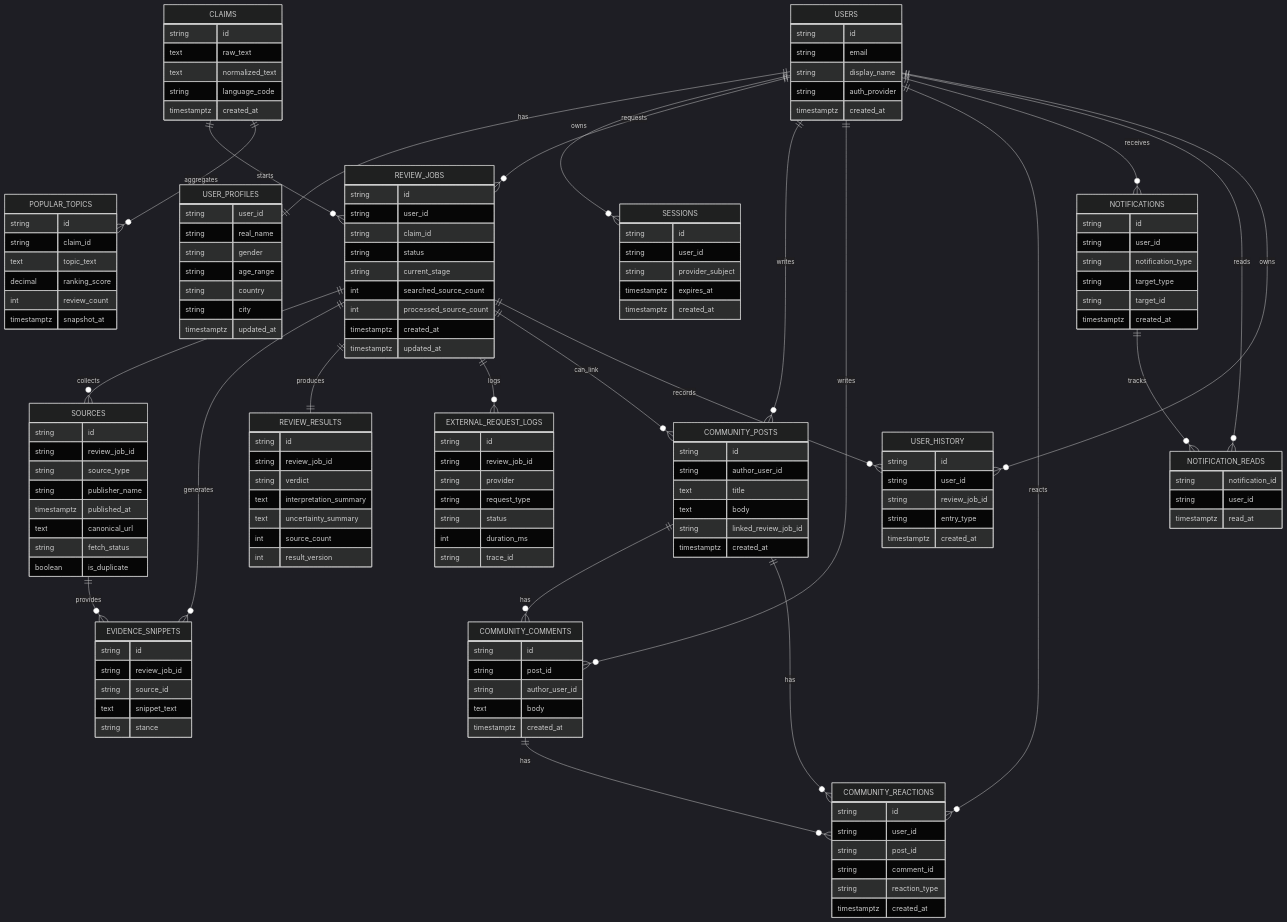
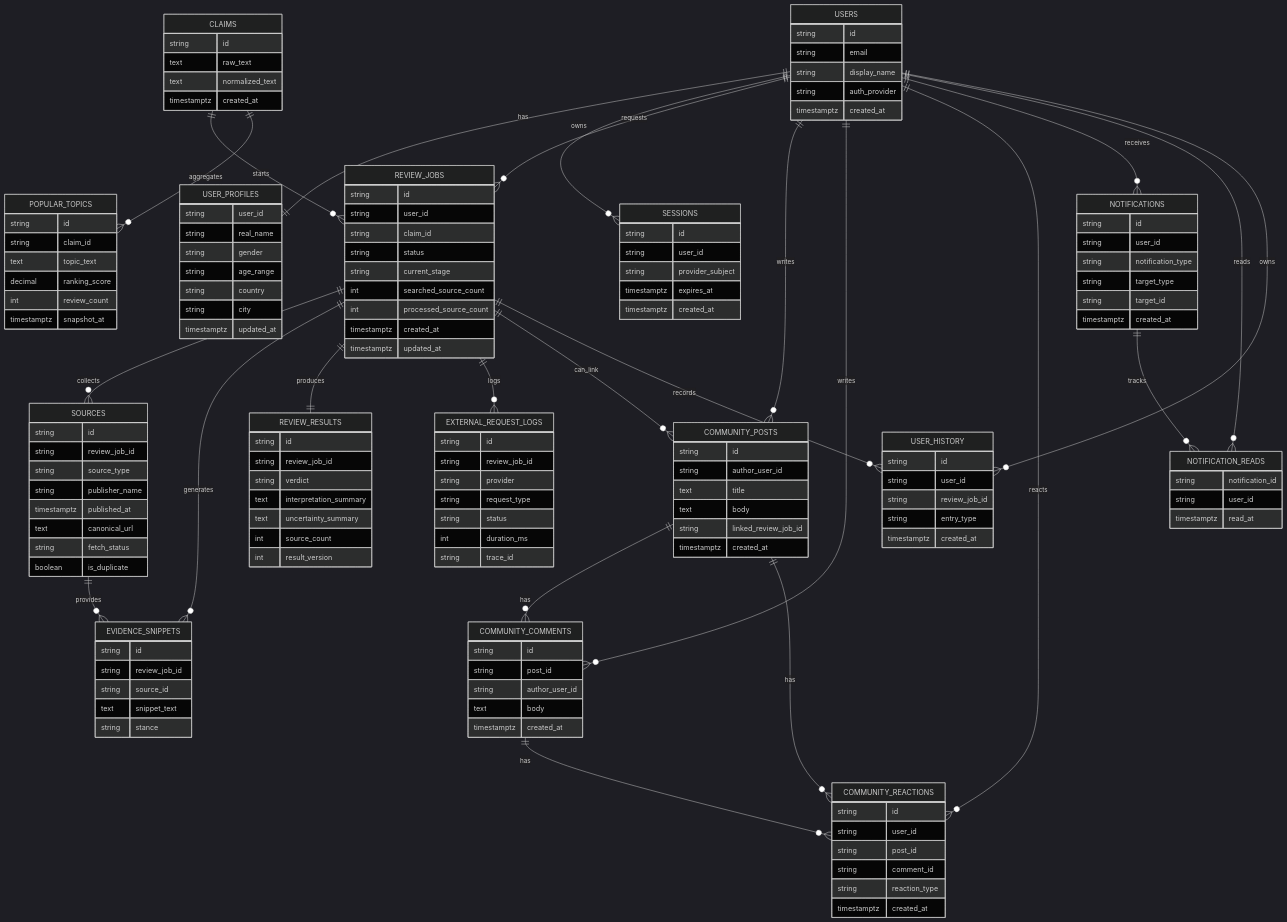
Before and after one commit to dyjeong576/varo: the diagram in docs/erd.md, drawn with Mermaid (dark theme). The commit also changed 26 other files, not shown here.

```diff
--- a/docs/erd.md
+++ b/docs/erd.md
@@ -65,7 +65,6 @@
         string id
         text raw_text
         text normalized_text
-        string language_code
         timestamptz created_at
     }
 
```
